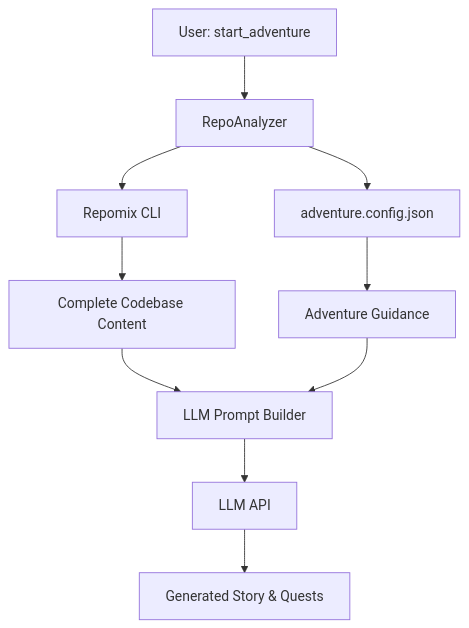
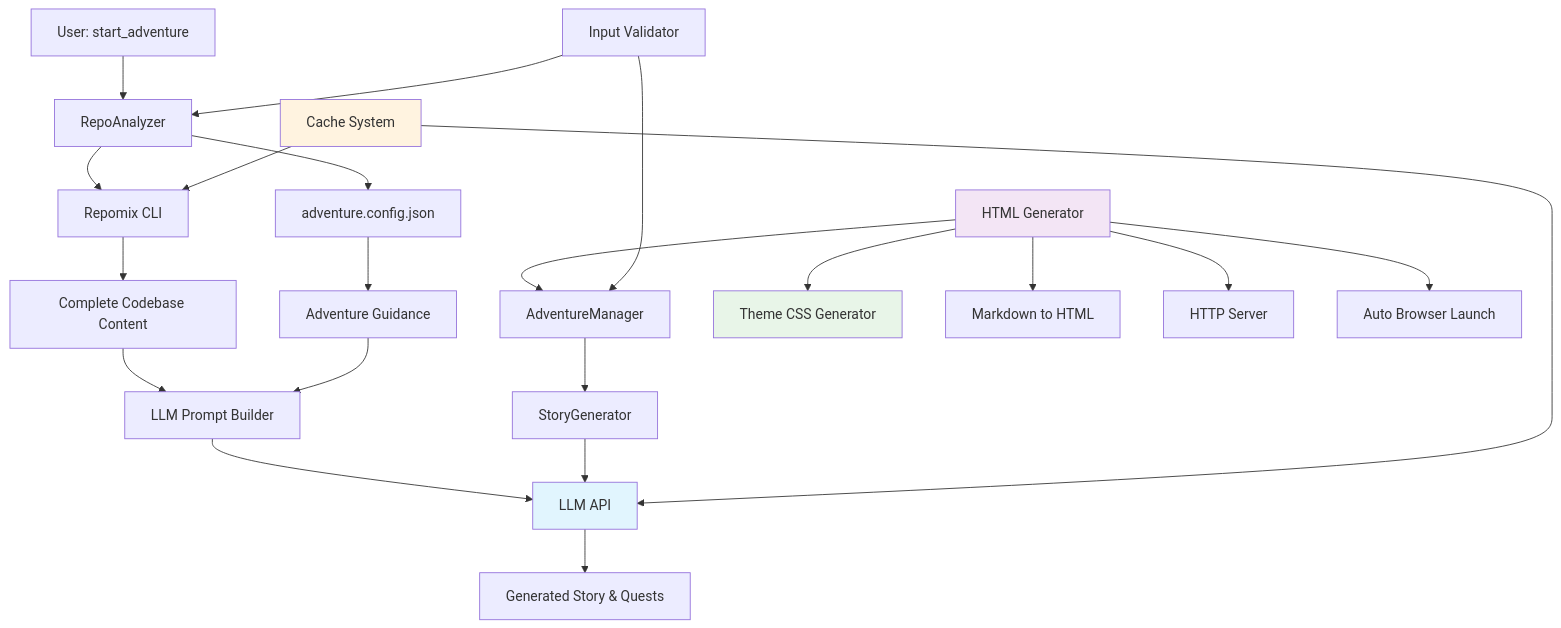
The second of 2 diagrams in README.md (DanWahlin/ai-repo-adventures), drawn with Mermaid before and after one commit. The commit also changed other lines of this file, not shown here.

Commit message:
feat: Enhance README with HTML adventure generation details and testing instructions

````diff
--- a/README.md
+++ b/README.md
@@ -54,15 +66,33 @@
 ```mermaid
 graph TD
     A[User: start_adventure] --> B[RepoAnalyzer]
     B --> C[Repomix CLI]
     C --> D[Complete Codebase Content]
     
     B --> E[adventure.config.json]
     E --> F[Adventure Guidance]
     
     D --> G[LLM Prompt Builder]
     F --> G
     
     G --> H[LLM API]
     H --> I[Generated Story & Quests]
+    
+    J[HTML Generator] --> K[AdventureManager]
+    K --> L[StoryGenerator] 
+    L --> H
+    J --> M[Theme CSS Generator]
+    J --> N[Markdown to HTML]
+    J --> O[HTTP Server]
+    J --> P[Auto Browser Launch]
+    
+    Q[Input Validator] --> B
+    Q --> K
+    R[Cache System] --> C
+    R --> H
+    
+    style H fill:#e1f5fe
+    style J fill:#f3e5f5
+    style M fill:#e8f5e8
+    style R fill:#fff3e0
 ```
````
